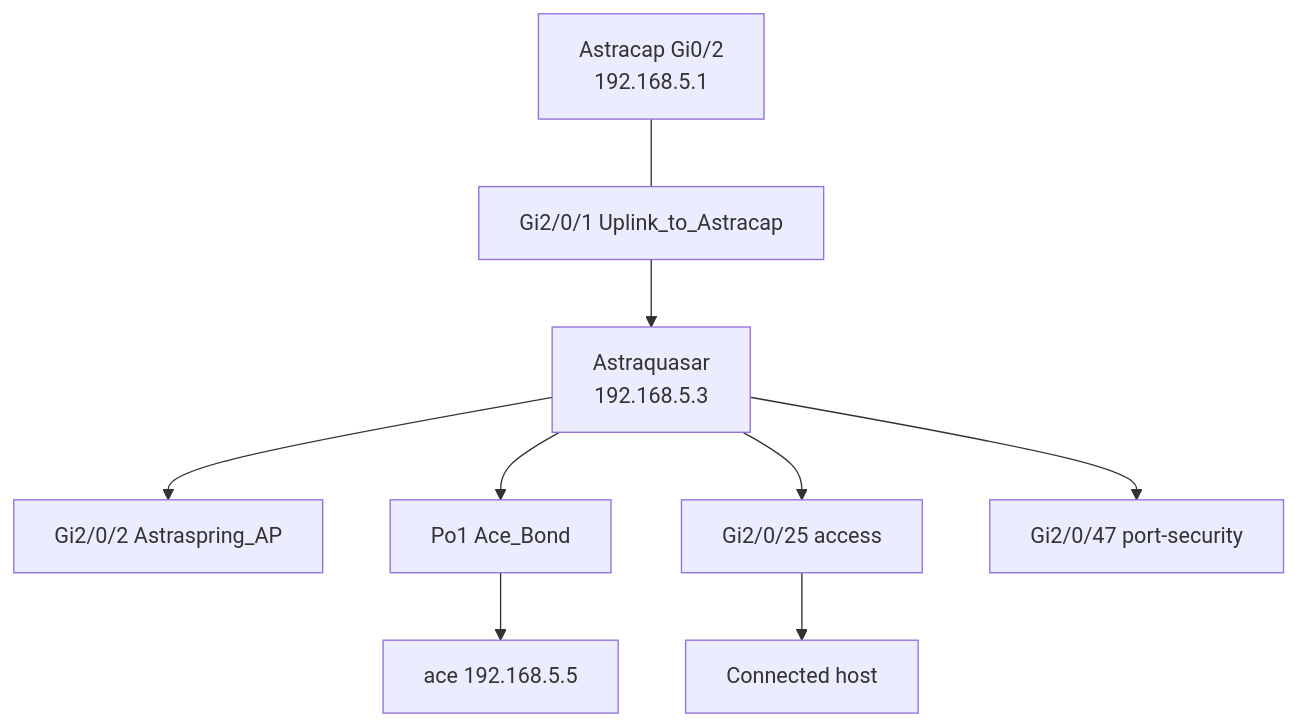
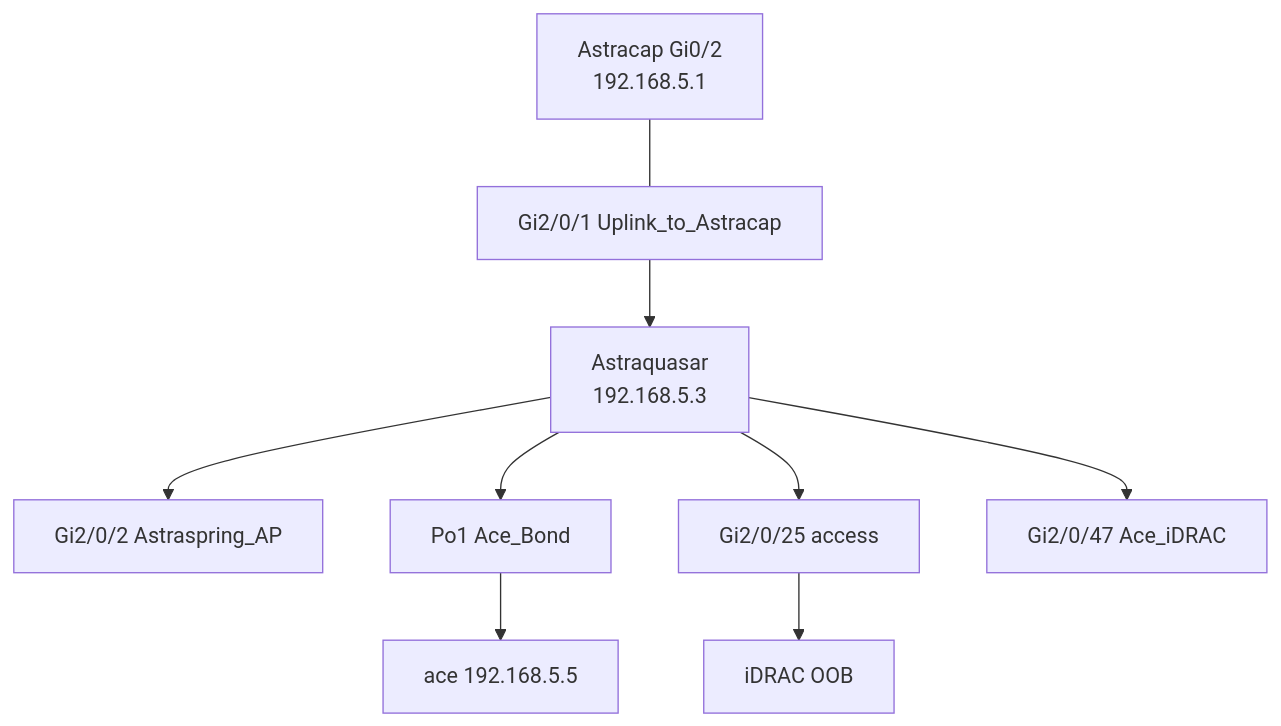
The diagram in docs/network-astraquasar-switch.md (PrestonHager/nixos-configs), drawn with Mermaid before and after one commit. The commit also changed other lines of this file and 1 other file, not shown here.

Commit message:
Permit openclaw on ace and document Ace iDRAC on Gi2/0/47.
openclaw must stay in permittedInsecurePackages for rebuilds; Astraquasar port 47 no longer uses sticky port-security that blocked iDRAC DHCP.

````diff
--- a/docs/network-astraquasar-switch.md
+++ b/docs/network-astraquasar-switch.md
@@ -19,18 +19,18 @@
 ```mermaid
 flowchart TB
   R["Astracap Gi0/2<br/>192.168.5.1"]
   SW["Astraquasar<br/>192.168.5.3"]
   U["Gi2/0/1 Uplink_to_Astracap"]
   AP["Gi2/0/2 Astraspring_AP"]
   Po["Po1 Ace_Bond"]
   Ace["ace 192.168.5.5"]
   P25["Gi2/0/25 access"]
-  P47["Gi2/0/47 port-security"]
-  Host["Connected host"]
+  P47["Gi2/0/47 Ace_iDRAC"]
+  Host["iDRAC OOB"]
 
   R --- U --> SW
   SW --> AP
   SW --> Po --> Ace
   SW --> P25 --> Host
   SW --> P47
 ```
````
